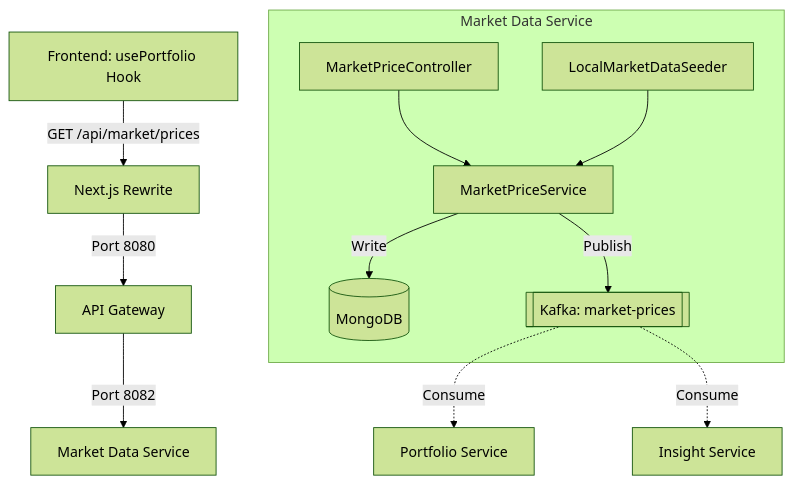
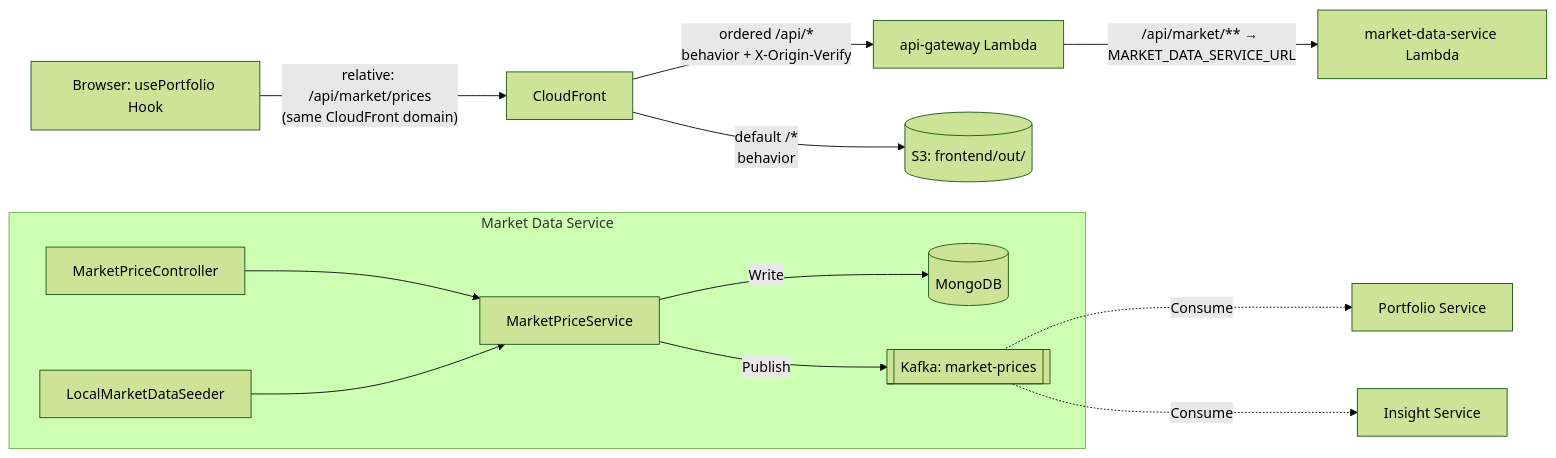
Before and after one commit to vibhanshu-agarwal/wealthmgmtandportfoliotracker: the second of 2 diagrams in docs/e2e-flows/market-data-service-e2e.md, drawn with Mermaid (forest theme). The commit also changed other lines of this file, not shown here.

First line of the commit message:
docs: revise market-data E2E flow with updated API routing, CloudFront logic, and production safeguards

````diff
--- a/docs/e2e-flows/market-data-service-e2e.md
+++ b/docs/e2e-flows/market-data-service-e2e.md
@@ -48,20 +74,21 @@
 ```mermaid
-graph TD
-    A[Frontend: usePortfolio Hook] -->|GET /api/market/prices| B[Next.js Rewrite]
-    B -->|Port 8080| C[API Gateway]
-    C -->|Port 8082| D[Market Data Service]
-    
+graph LR
+    A[Browser: usePortfolio Hook] -->|"relative: /api/market/prices\n(same CloudFront domain)"| B[CloudFront]
+    B -->|"default /*\nbehavior"| S[(S3: frontend/out/)]
+    B -->|"ordered /api/*\nbehavior + X-Origin-Verify"| C[api-gateway Lambda]
+    C -->|/api/market/** → MARKET_DATA_SERVICE_URL| D[market-data-service Lambda]
+
     subgraph "Market Data Service"
         D1[MarketPriceController]
         D2[MarketPriceService]
         D3[LocalMarketDataSeeder]
-        
+
         D1 --> D2
         D3 --> D2
         D2 -->|Write| E[(MongoDB)]
         D2 -->|Publish| F[[Kafka: market-prices]]
     end
-    
+
     F -.->|Consume| G[Portfolio Service]
     F -.->|Consume| H[Insight Service]
 ```
````
